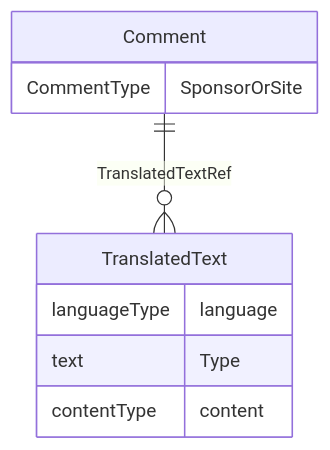
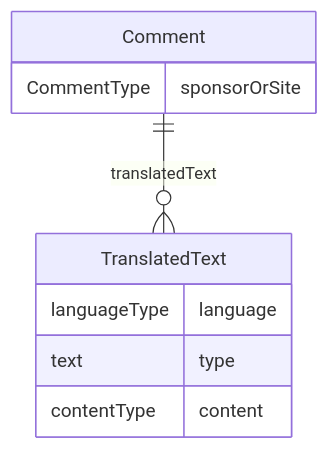
One commit to cdisc-org/DataExchange-ODM-LinkML changed the diagram in docs/Comment.md. Above: the diagram before and after it, drawn with Mermaid. The commit also changed other lines of this file and 759 other files, not shown here.

````diff
--- a/docs/Comment.md
+++ b/docs/Comment.md
@@ -11,14 +11,14 @@
 ```mermaid
 erDiagram
 Comment {
-    CommentType SponsorOrSite  
+    CommentType sponsorOrSite  
 }
 TranslatedText {
     languageType language  
-    text Type  
+    text type  
     contentType content  
 }
 
-Comment ||--}o TranslatedText : "TranslatedTextRef"
+Comment ||--}o TranslatedText : "translatedText"
 
 ```
````
